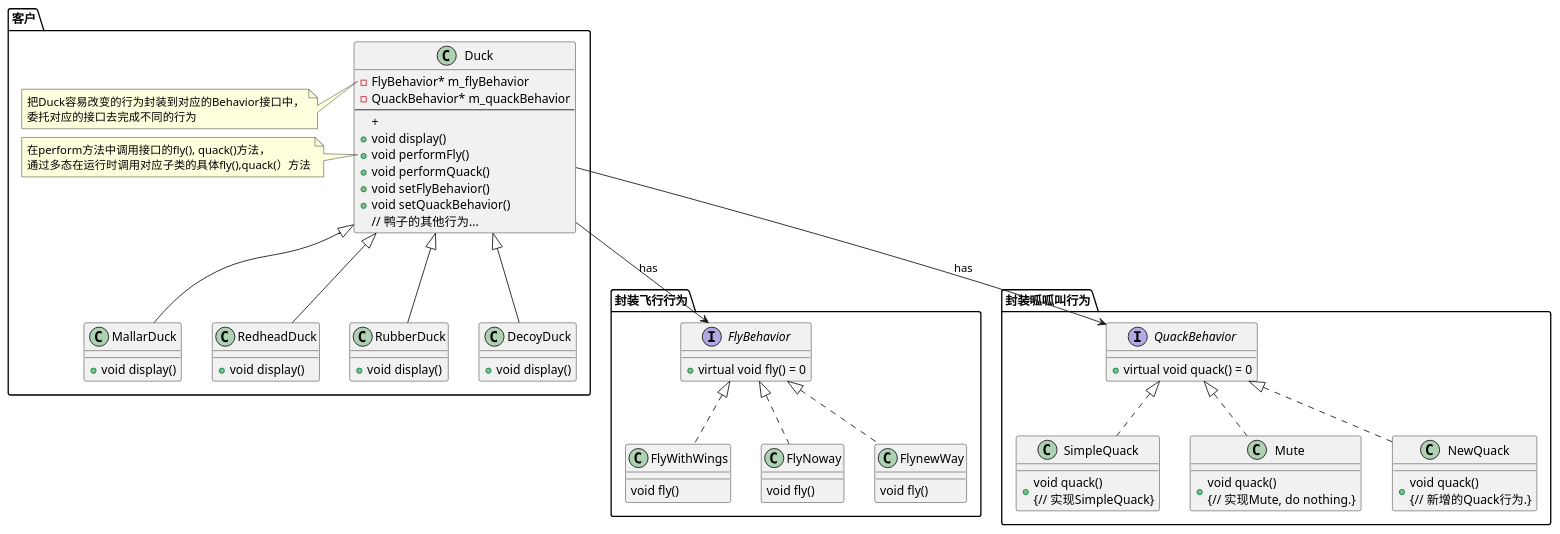
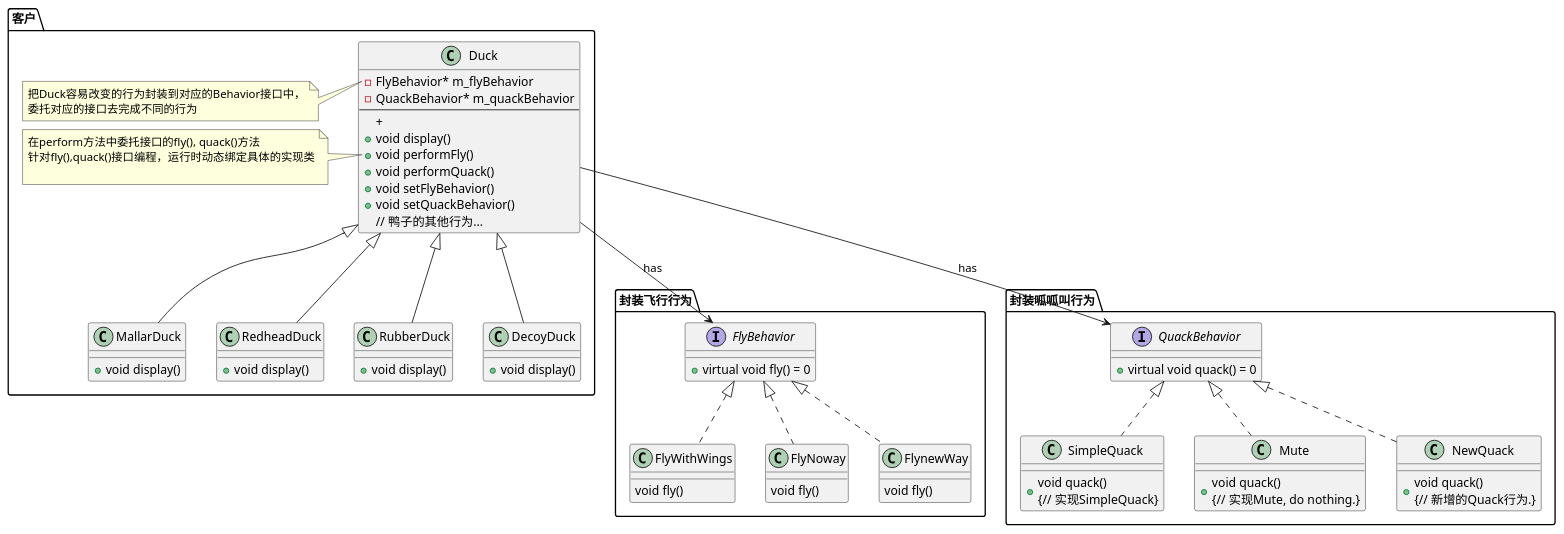
Before and after one commit to jwbecalm/Head-First-Design-Patterns-in-CPP: the diagram in ch01_Strategy/plantuml/Strategy_class.plantuml, drawn with PlantUML. The commit also changed 5 other files, not shown here.

```diff
--- a/ch01_Strategy/plantuml/Strategy_class.plantuml
+++ b/ch01_Strategy/plantuml/Strategy_class.plantuml
@@ -1,74 +1,75 @@
 @startuml Strategy Pattern
 
 package "客户"{
 class Duck
 {
     - FlyBehavior* m_flyBehavior
     - QuackBehavior* m_quackBehavior
     --
     + 
     + void display()
     + void performFly()
     + void performQuack()
     + void setFlyBehavior()
     + void setQuackBehavior()
     // 鸭子的其他行为...
 }
 note left of Duck::m_flyBehavior
 把Duck容易改变的行为封装到对应的Behavior接口中，
 委托对应的接口去完成不同的行为
 end note
 
 note left of Duck::performFly
-在perform方法中调用接口的fly(), quack()方法，
-通过多态在运行时调用对应子类的具体fly(),quack(）方法
+在perform方法中委托接口的fly(), quack()方法
+针对fly(),quack()接口编程，运行时动态绑定具体的实现类
+
 end note
 
 class MallarDuck extends Duck{
     +void display()
 }
 class RedheadDuck extends Duck{
     +void display()
 }
 class RubberDuck extends Duck{
     +void display()
 }
 class DecoyDuck extends Duck{
     +void display()
 }
 }
 package "封装飞行行为" {
 Duck -->FlyBehavior: has
 interface FlyBehavior{
     + virtual void fly() = 0
 }
 
 
 class FlyWithWings implements FlyBehavior{
     void fly()
 }
 class FlyNoway implements FlyBehavior{
     void fly()
 }
 class FlynewWay implements FlyBehavior{
     void fly()
 }
 }
 
 package "封装呱呱叫行为"{
 Duck -->QuackBehavior: has
 
 interface QuackBehavior{
     + virtual void quack() = 0
 }
 class SimpleQuack implements QuackBehavior{
     + void quack() \n{// 实现SimpleQuack}
 }
 class Mute implements QuackBehavior{
     + void quack() \n{// 实现Mute, do nothing.}
 }
 class NewQuack implements QuackBehavior{
     + void quack() \n{// 新增的Quack行为.}
 }
 }
 @enduml
```
